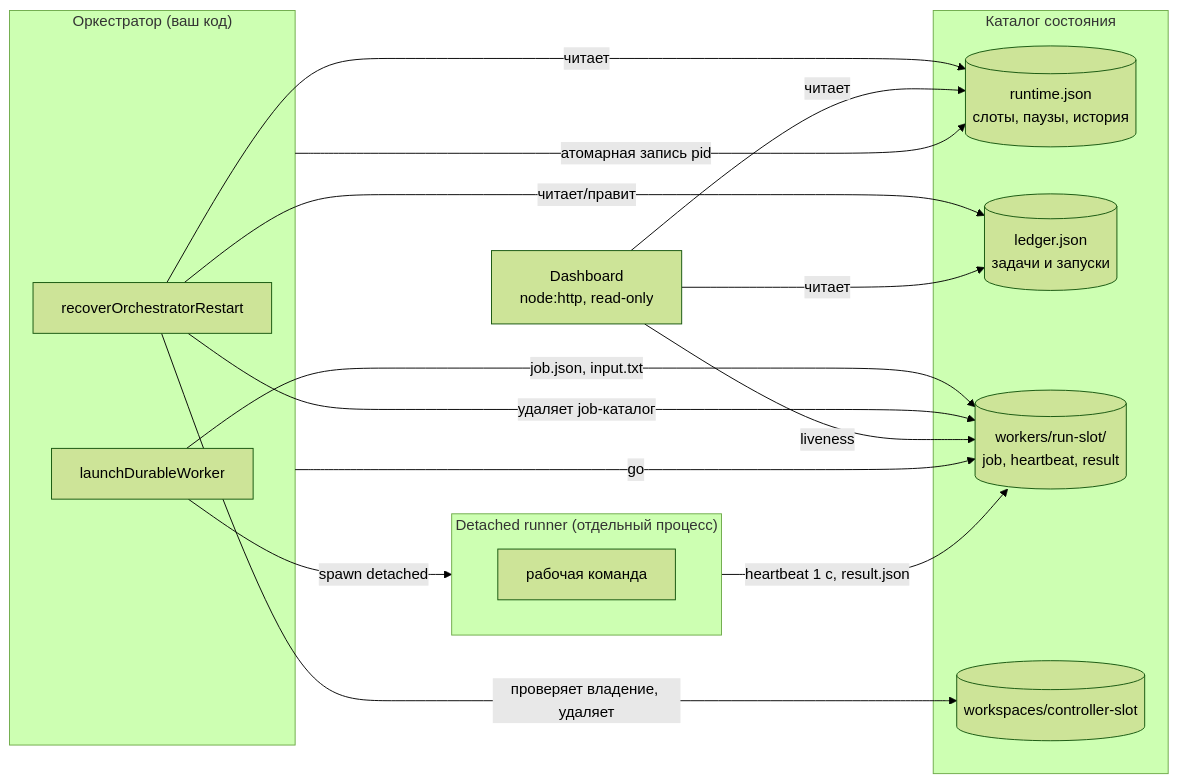
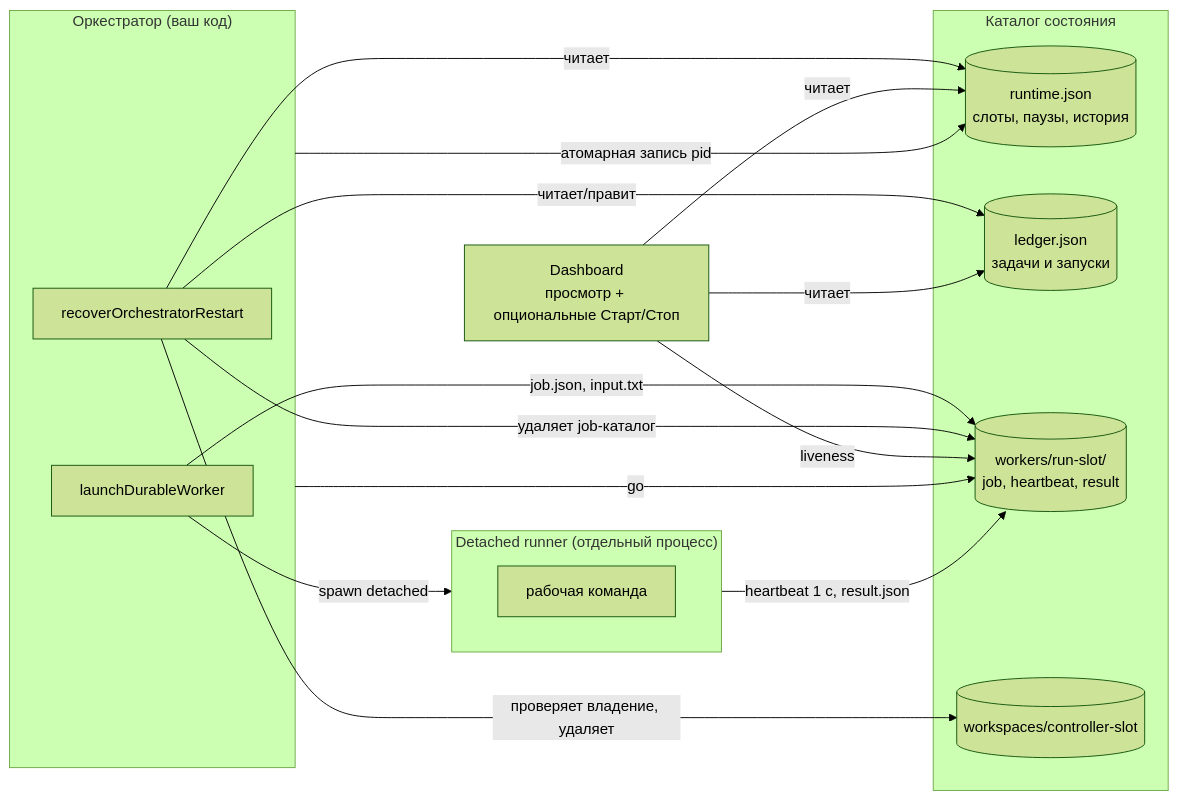
The diagram in README.md (potia-byte/agent-runtime), drawn with Mermaid (forest theme) before and after one commit. The commit also changed other lines of this file, not shown here.

Commit message:
docs: describe dashboard actions honestly (view plus optional start/stop)

````diff
--- a/README.md
+++ b/README.md
@@ -36,30 +37,30 @@
 ```mermaid
 flowchart LR
   subgraph Orchestrator["Оркестратор (ваш код)"]
     L[launchDurableWorker]
     R[recoverOrchestratorRestart]
   end
   subgraph Disk["Каталог состояния"]
     RT[(runtime.json<br/>слоты, паузы, история)]
     LG[(ledger.json<br/>задачи и запуски)]
     JD[(workers/run-slot/<br/>job, heartbeat, result)]
     WS[(workspaces/controller-slot)]
   end
   subgraph Runner["Detached runner (отдельный процесс)"]
     P[рабочая команда]
   end
-  D[Dashboard<br/>node:http, read-only]
+  D[Dashboard<br/>просмотр + опциональные Старт/Стоп]
 
   L -->|job.json, input.txt| JD
   L -->|spawn detached| Runner
   Orchestrator -->|атомарная запись pid| RT
   Orchestrator -->|go| JD
   Runner -->|heartbeat 1 c, result.json| JD
   R -->|читает| RT
   R -->|читает/правит| LG
   R -->|проверяет владение, удаляет| WS
   R -->|удаляет job-каталог| JD
   D -->|читает| RT
   D -->|читает| LG
   D -->|liveness| JD
 ```
````
